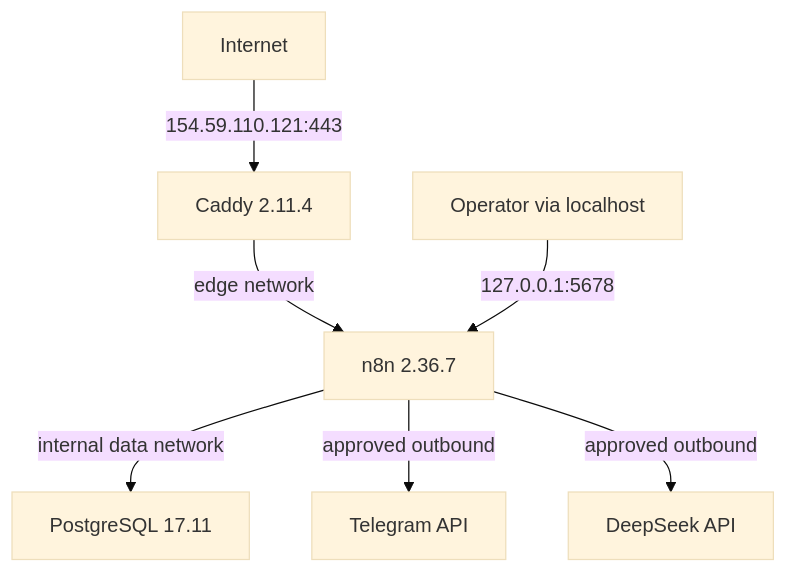
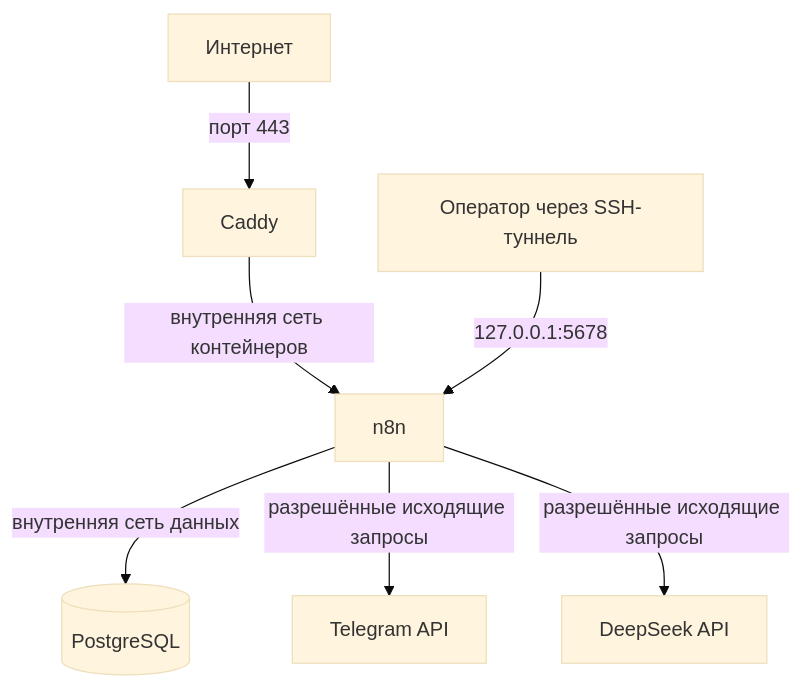
One commit to DmtrGoltsev/ObsidianVault changed the first of 3 diagrams in 05_Система/Схемы/N8NAgents/Runtime_Flows_N8NAgents.md. Above: the diagram before and after it, drawn with Mermaid (base theme). The commit also changed other lines of this file and 8 other files, not shown here.

````diff
--- a/05_Система/Схемы/N8NAgents/Runtime_Flows_N8NAgents.md
+++ b/05_Система/Схемы/N8NAgents/Runtime_Flows_N8NAgents.md
@@ -22,9 +19,9 @@
 ```mermaid
 flowchart TB
-    Internet[Internet] -->|154.59.110.121:443| Caddy[Caddy 2.11.4]
-    Caddy -->|edge network| N8N[n8n 2.36.7]
-    Localhost[Operator via localhost] -->|127.0.0.1:5678| N8N
-    N8N -->|internal data network| PG[PostgreSQL 17.11]
-    N8N -->|approved outbound| Telegram[Telegram API]
-    N8N -->|approved outbound| DeepSeek[DeepSeek API]
+    I[Интернет] -->|порт 443| C[Caddy]
+    C -->|внутренняя сеть контейнеров| N[n8n]
+    O[Оператор через SSH-туннель] -->|127.0.0.1:5678| N
+    N -->|внутренняя сеть данных| P[(PostgreSQL)]
+    N -->|разрешённые исходящие запросы| T[Telegram API]
+    N -->|разрешённые исходящие запросы| D[DeepSeek API]
 ```
````
